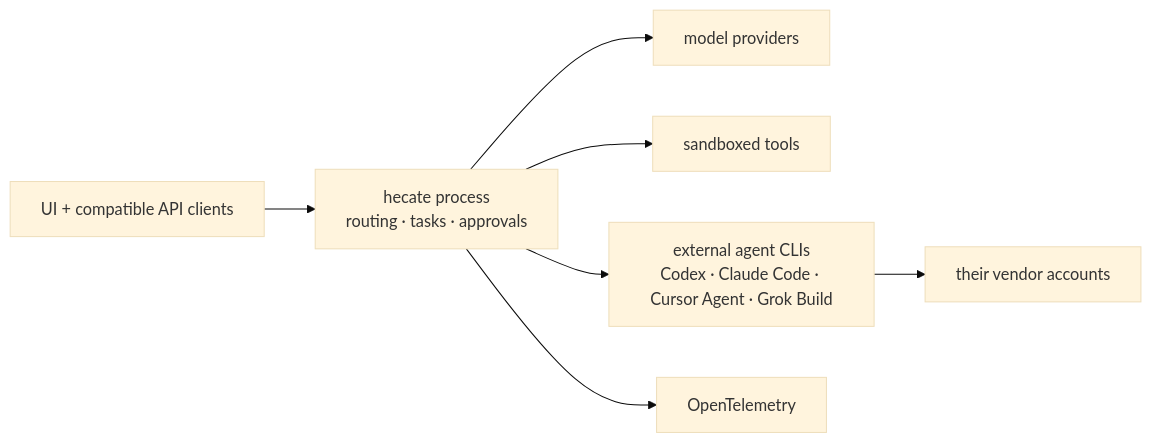
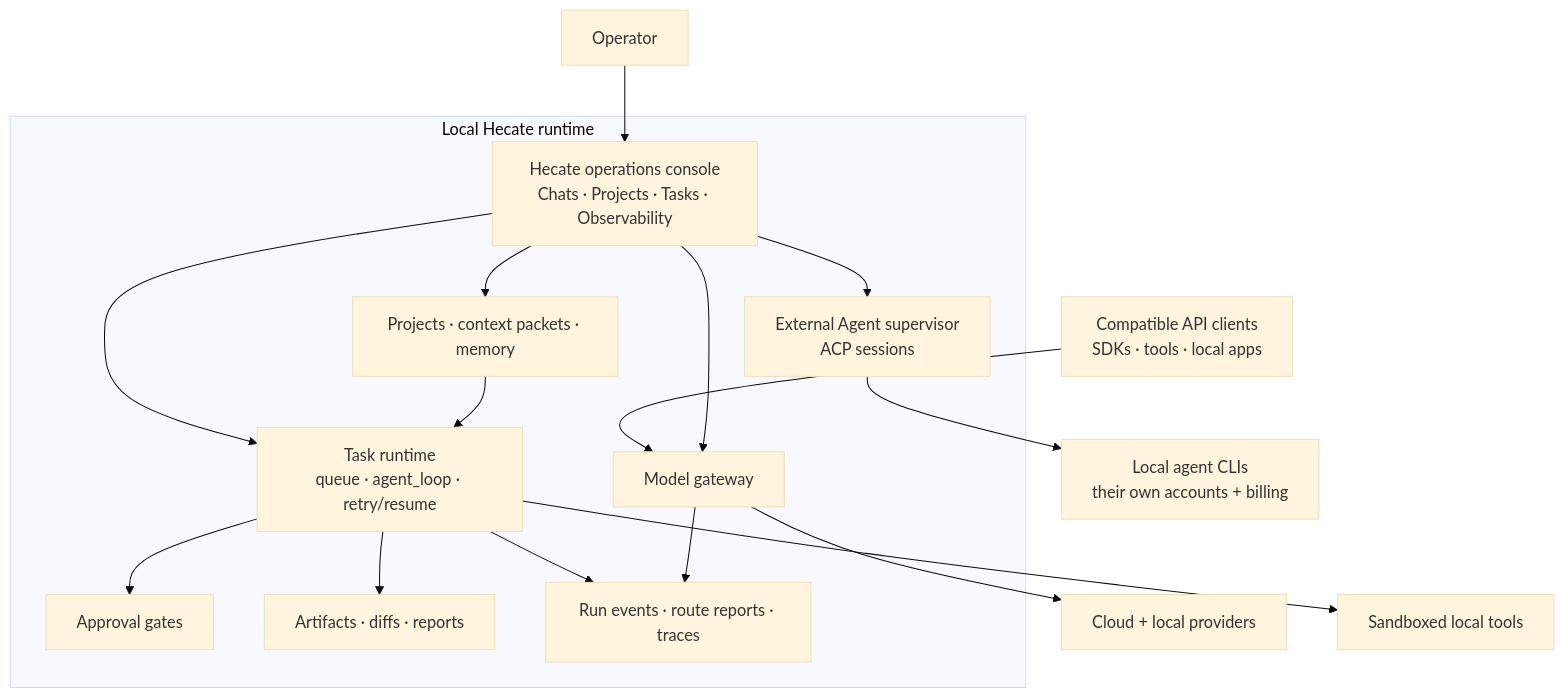
One commit to hecatehq/hecate changed the first of 2 diagrams in README.md. Above: the diagram before and after it, drawn with Mermaid (base theme). The commit also changed other lines of this file and 30 other files, not shown here.

````diff
--- a/README.md
+++ b/README.md
@@ -144,9 +75,29 @@
 ```mermaid
-flowchart LR
-    Clients["UI + compatible API clients"] --> Hecate["hecate process<br/>routing · tasks · approvals"]
-    Hecate --> Models["model providers"]
-    Hecate --> Tools["sandboxed tools"]
-    Hecate --> Agents["external agent CLIs<br/>Codex · Claude Code · Cursor Agent · Grok Build"]
-    Agents --> Accounts["their vendor accounts"]
-    Hecate --> Telemetry["OpenTelemetry"]
+flowchart TB
+    Operator["Operator"] --> Console["Hecate operations console<br/>Chats · Projects · Tasks · Observability"]
+    APIClients["Compatible API clients<br/>SDKs · tools · local apps"] --> Gateway["Model gateway"]
+
+    subgraph Runtime["Local Hecate runtime"]
+        Console
+        Gateway
+        Projects["Projects · context packets · memory"]
+        Tasks["Task runtime<br/>queue · agent_loop · retry/resume"]
+        Approvals["Approval gates"]
+        Artifacts["Artifacts · diffs · reports"]
+        Events["Run events · route reports · traces"]
+        Adapters["External Agent supervisor<br/>ACP sessions"]
+    end
+
+    Gateway --> Providers["Cloud + local providers"]
+    Console --> Projects
+    Console --> Tasks
+    Console --> Adapters
+    Console --> Gateway
+    Tasks --> Approvals
+    Tasks --> Artifacts
+    Tasks --> Events
+    Tasks --> Tools["Sandboxed local tools"]
+    Adapters --> ExternalCLIs["Local agent CLIs<br/>their own accounts + billing"]
+    Projects --> Tasks
+    Gateway --> Events
 ```
````
